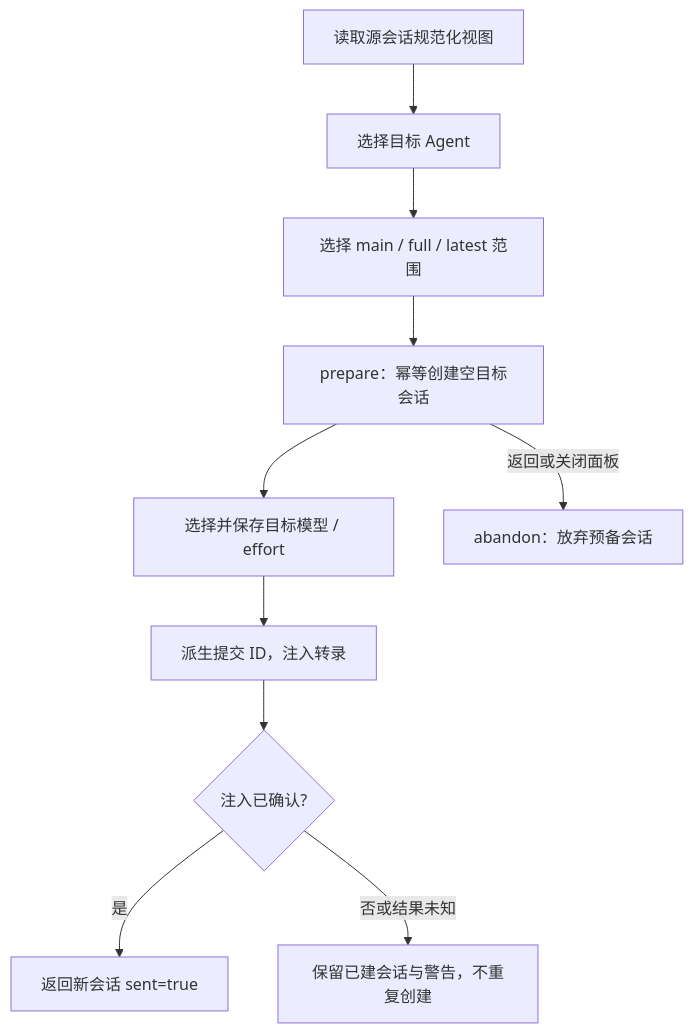
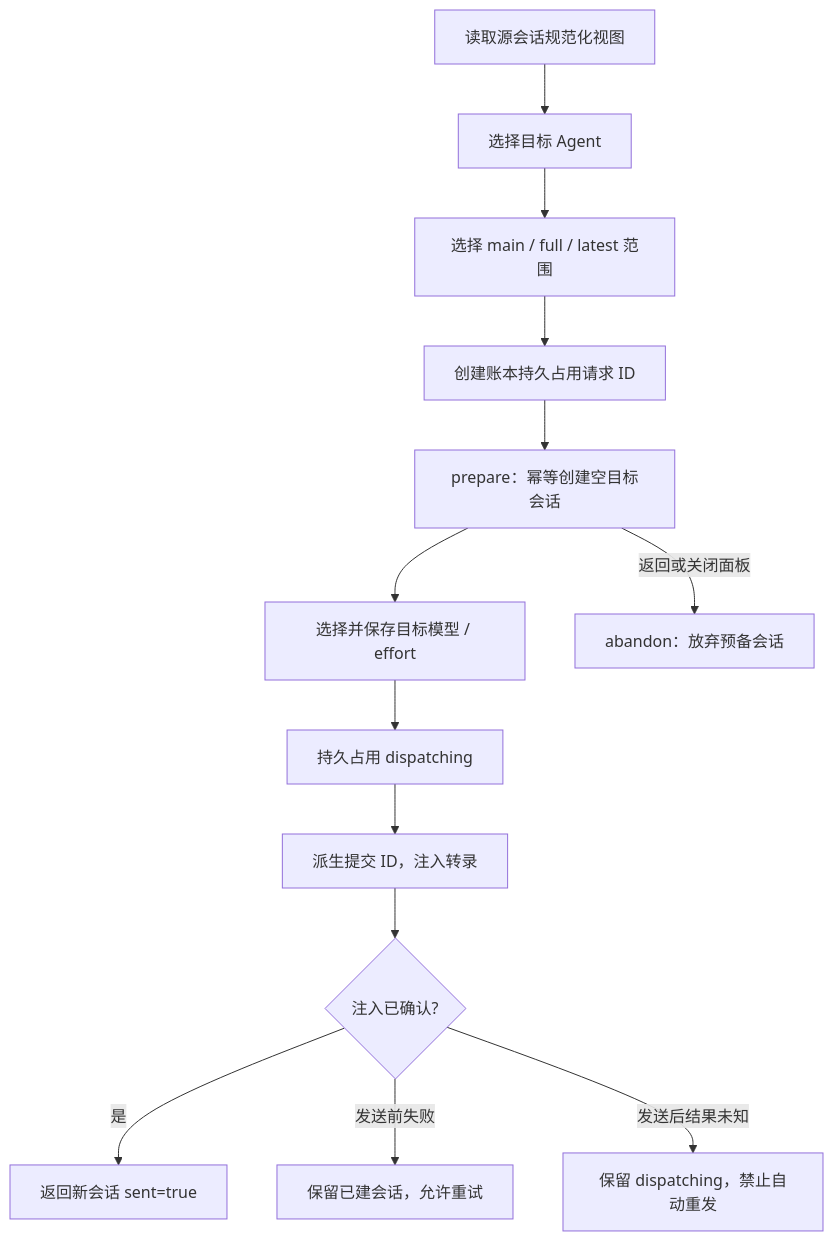
One commit to BenedictKing/mobile-bridge changed diagram 15 of 15 in docs/system-runtime-diagrams.md. Above: the diagram before and after it, drawn with Mermaid. The commit also changed other lines of this file and 24 other files, not shown here.

````diff
--- a/docs/system-runtime-diagrams.md
+++ b/docs/system-runtime-diagrams.md
@@ -238,12 +241,15 @@
 ```mermaid
 flowchart TB
     Source[读取源会话规范化视图] --> Target[选择目标 Agent]
     Target --> Scope[选择 main / full / latest 范围]
-    Scope --> Create[prepare：幂等创建空目标会话]
+    Scope --> Claim[创建账本持久占用请求 ID]
+    Claim --> Create[prepare：幂等创建空目标会话]
     Create --> Settings[选择并保存目标模型 / effort]
     Create -->|返回或关闭面板| Abandon[abandon：放弃预备会话]
-    Settings --> Send[派生提交 ID，注入转录]
+    Settings --> Dispatch[持久占用 dispatching]
+    Dispatch --> Send[派生提交 ID，注入转录]
     Send --> Result{注入已确认?}
     Result -->|是| Sent[返回新会话 sent=true]
-    Result -->|否或结果未知| Created[保留已建会话与警告，不重复创建]
+    Result -->|发送前失败| Created[保留已建会话，允许重试]
+    Result -->|发送后结果未知| Unknown[保留 dispatching，禁止自动重发]
 ```
````
